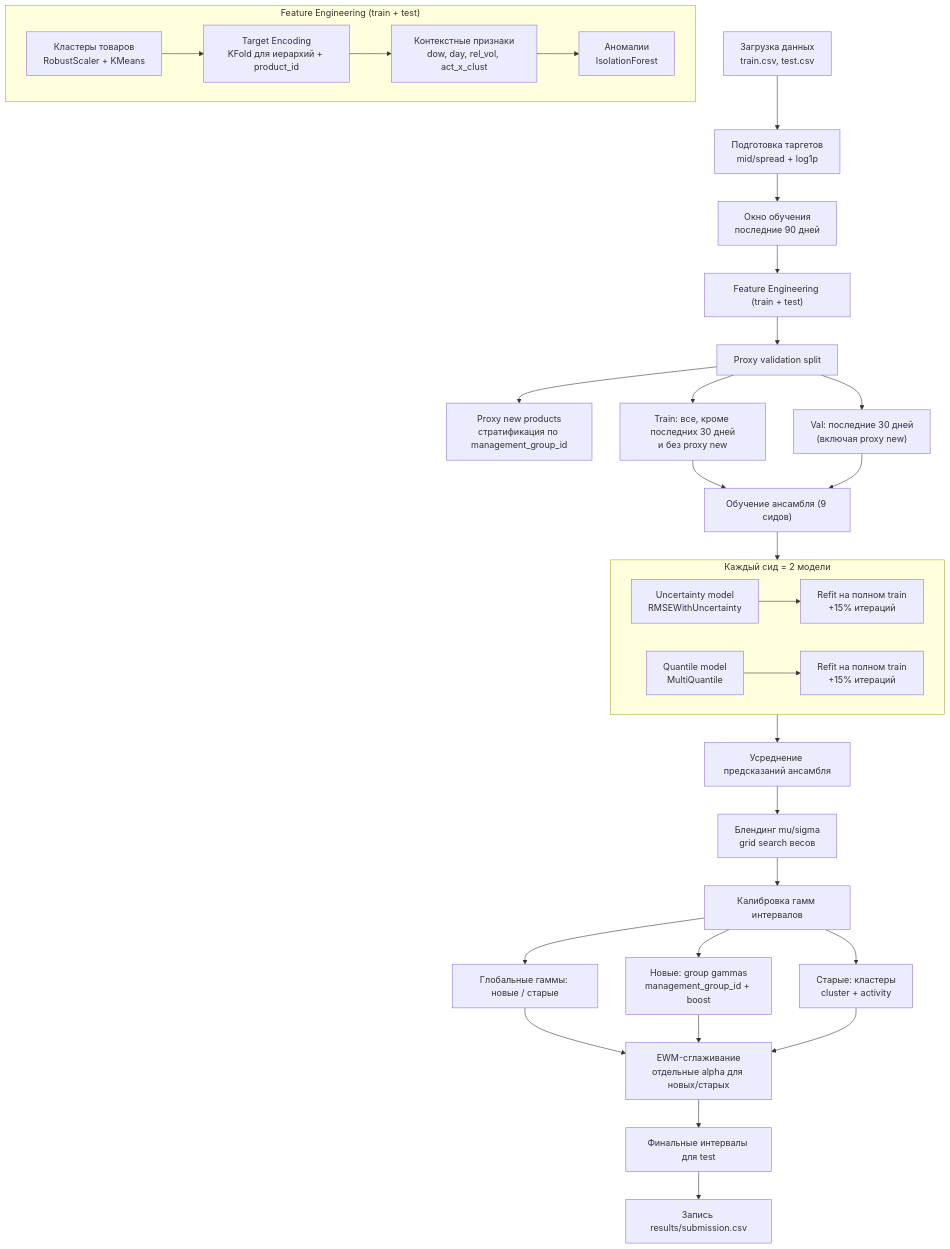
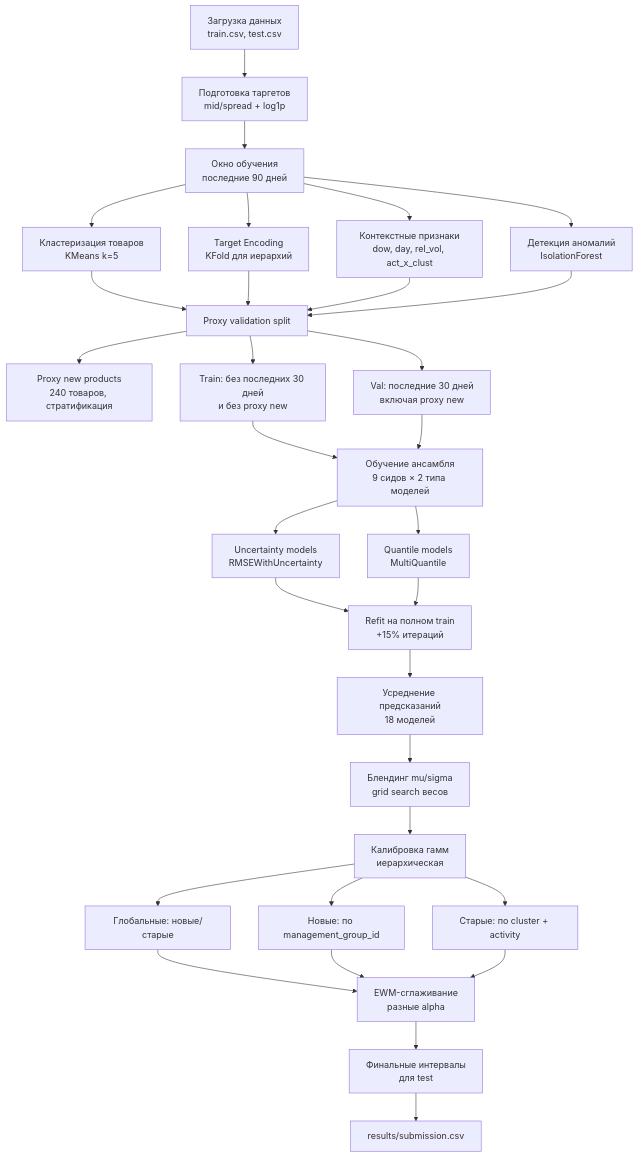
One commit to maxlyara1/Maksim_Lyara changed the diagram in README.md. Above: the diagram before and after it, drawn with Mermaid.

````diff
--- a/README.md
+++ b/README.md
@@ -50,41 +50,42 @@
 ```mermaid
 flowchart TD
     A["Загрузка данных<br/>train.csv, test.csv"] --> B["Подготовка таргетов<br/>mid/spread + log1p"]
     B --> C["Окно обучения<br/>последние 90 дней"]
-    C --> D["Feature Engineering (train + test)"]
-
-    subgraph FE["Feature Engineering (train + test)"]
-        FE1["Кластеры товаров<br/>RobustScaler + KMeans"]
-        FE2["Target Encoding<br/>KFold для иерархий + product_id"]
-        FE3["Контекстные признаки<br/>dow, day, rel_vol, act_x_clust"]
-        FE4["Аномалии<br/>IsolationForest"]
-        FE1 --> FE2 --> FE3 --> FE4
-    end
-
-    D --> E["Proxy validation split"]
-    E --> E1["Proxy new products<br/>стратификация по management_group_id"]
-    E --> E2["Train: все, кроме последних 30 дней<br/>и без proxy new"]
-    E --> E3["Val: последние 30 дней<br/>(включая proxy new)"]
-
-    E2 --> F["Обучение ансамбля (9 сидов)"]
+    C --> D1["Кластеризация товаров<br/>KMeans k=5"]
+    C --> D2["Target Encoding<br/>KFold для иерархий"]
+    C --> D3["Контекстные признаки<br/>dow, day, rel_vol, act_x_clust"]
+    C --> D4["Детекция аномалий<br/>IsolationForest"]
+    
+    D1 --> E["Proxy validation split"]
+    D2 --> E
+    D3 --> E
+    D4 --> E
+    
+    E --> E1["Proxy new products<br/>240 товаров, стратификация"]
+    E --> E2["Train: без последних 30 дней<br/>и без proxy new"]
+    E --> E3["Val: последние 30 дней<br/>включая proxy new"]
+    
+    E2 --> F["Обучение ансамбля<br/>9 сидов × 2 типа моделей"]
     E3 --> F
-
-    subgraph ENS["Каждый сид = 2 модели"]
-        ENS1["Uncertainty model<br/>RMSEWithUncertainty"]
-        ENS2["Quantile model<br/>MultiQuantile"]
-        ENS1 --> ENS3["Refit на полном train<br/>+15% итераций"]
-        ENS2 --> ENS4["Refit на полном train<br/>+15% итераций"]
-    end
-
-    F --> ENS --> G["Усреднение предсказаний ансамбля"]
+    
+    F --> F1["Uncertainty models<br/>RMSEWithUncertainty"]
+    F --> F2["Quantile models<br/>MultiQuantile"]
+    
+    F1 --> F3["Refit на полном train<br/>+15% итераций"]
+    F2 --> F3
+    
+    F3 --> G["Усреднение предсказаний<br/>18 моделей"]
     G --> H["Блендинг mu/sigma<br/>grid search весов"]
-    H --> I["Калибровка гамм интервалов"]
-    I --> I1["Глобальные гаммы: новые / старые"]
-    I --> I2["Новые: group gammas<br/>management_group_id + boost"]
-    I --> I3["Старые: кластеры<br/>cluster + activity"]
-    I1 --> J["EWM-сглаживание<br/>отдельные alpha для новых/старых"]
+    H --> I["Калибровка гамм<br/>иерархическая"]
+    
+    I --> I1["Глобальные: новые/старые"]
+    I --> I2["Новые: по management_group_id"]
+    I --> I3["Старые: по cluster + activity"]
+    
+    I1 --> J["EWM-сглаживание<br/>разные alpha"]
     I2 --> J
     I3 --> J
-    J --> K["Финальные интервалы для test"]
-    K --> L["Запись results/submission.csv"]
+    
+    J --> K["Финальные интервалы<br/>для test"]
+    K --> L["results/submission.csv"]
 ```
````
